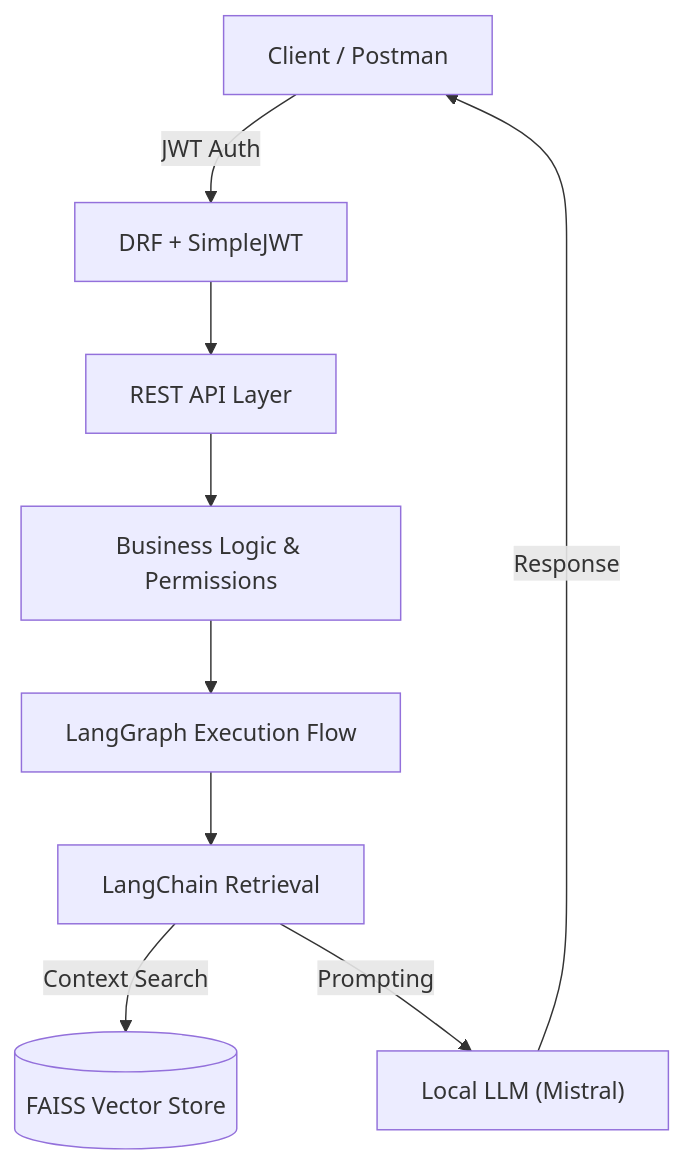
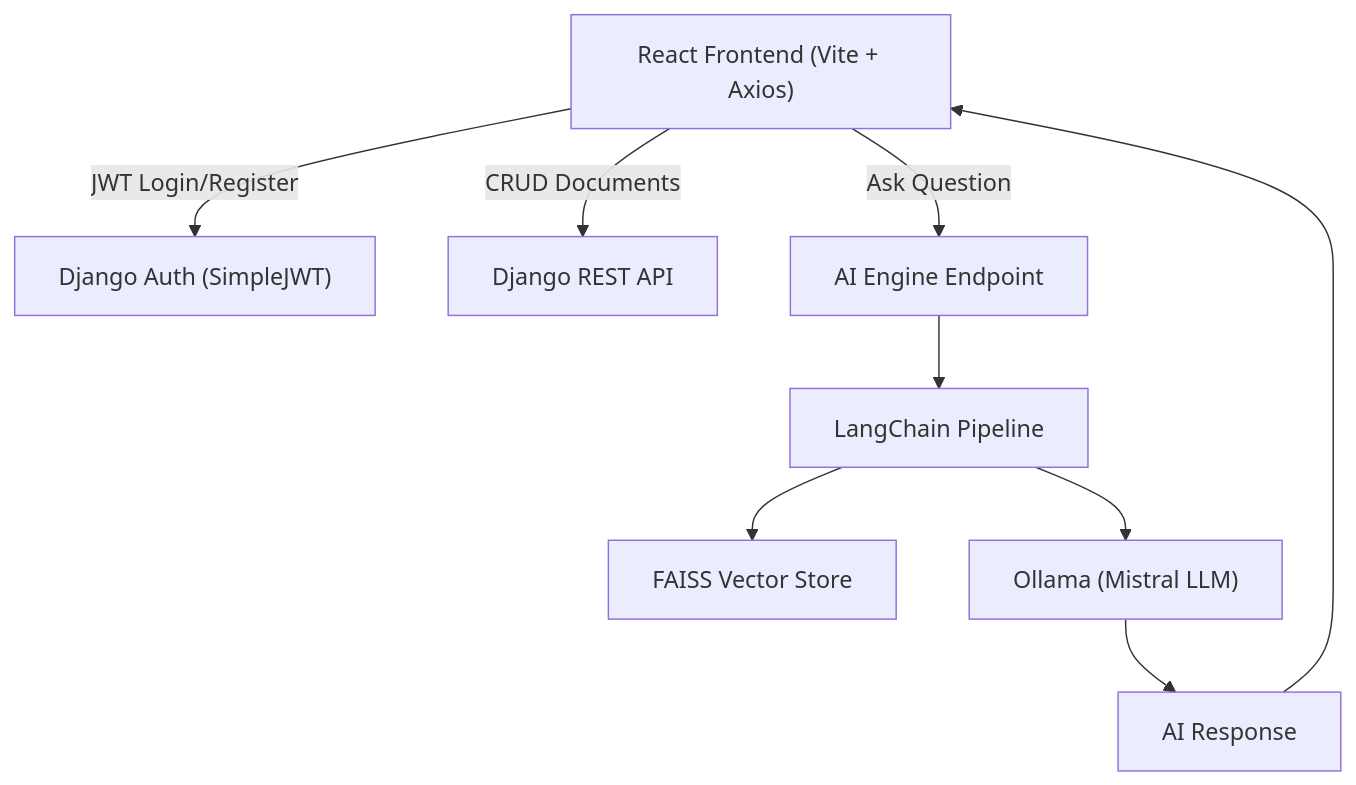
The diagram in README.md (sankalp1347/ai-knowledge-assistant), drawn with Mermaid before and after one commit. The commit also changed other lines of this file, not shown here.

Commit message:
Updated readme for frontend code

````diff
--- a/README.md
+++ b/README.md
@@ -26,12 +66,17 @@
 ```mermaid
 graph TD
-    Client["Client / Postman"] -->|JWT Auth| Auth["DRF + SimpleJWT"]
-    Auth --> API["REST API Layer"]
-    API --> Logic["Business Logic & Permissions"]
-    Logic --> LG["LangGraph Execution Flow"]
-    LG --> LC["LangChain Retrieval"]
-    LC -->|Context Search| FAISS[("FAISS Vector Store")]
-    LC -->|Prompting| Ollama["Local LLM (Mistral)"]
-    Ollama -->|Response| Client
 
+User["React Frontend (Vite + Axios)"]
+User -->|JWT Login/Register| DjangoAuth["Django Auth (SimpleJWT)"]
+
+User -->|CRUD Documents| DjangoAPI["Django REST API"]
+
+User -->|Ask Question| AIAPI["AI Engine Endpoint"]
+
+AIAPI --> LangChain["LangChain Pipeline"]
+LangChain --> FAISS["FAISS Vector Store"]
+LangChain --> Ollama["Ollama (Mistral LLM)"]
+
+Ollama --> Response["AI Response"]
+Response --> User
 ```
````
